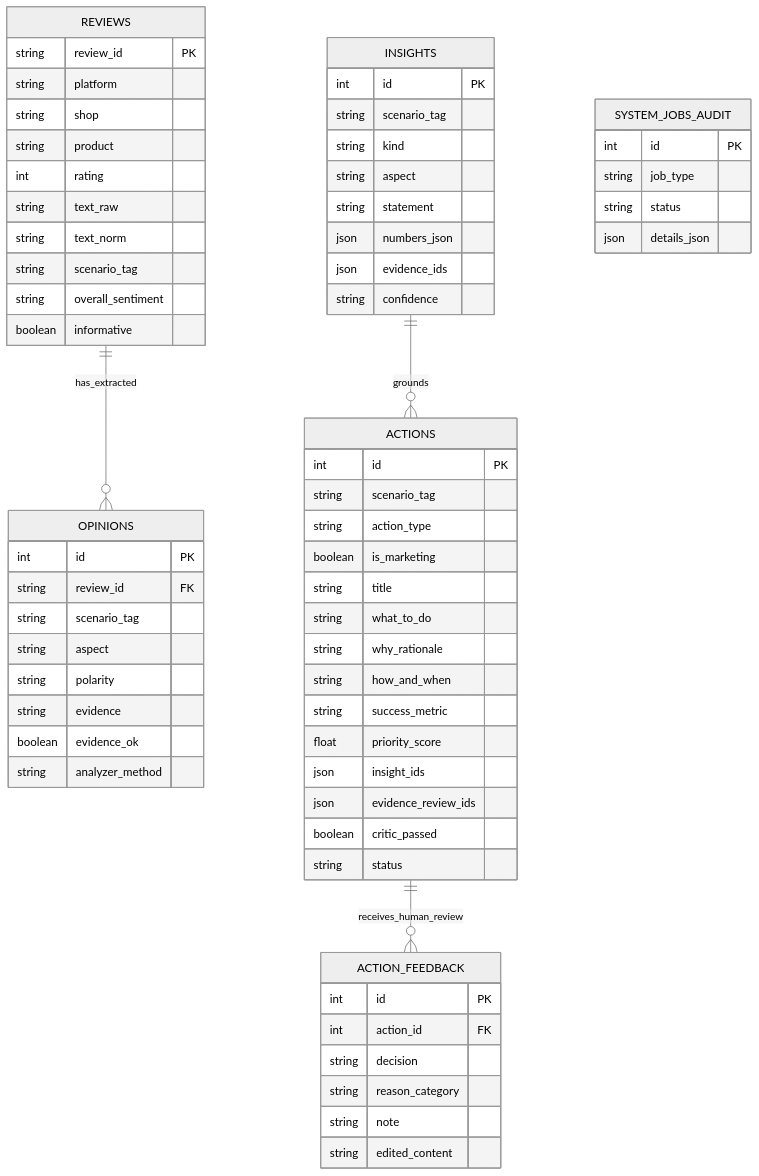
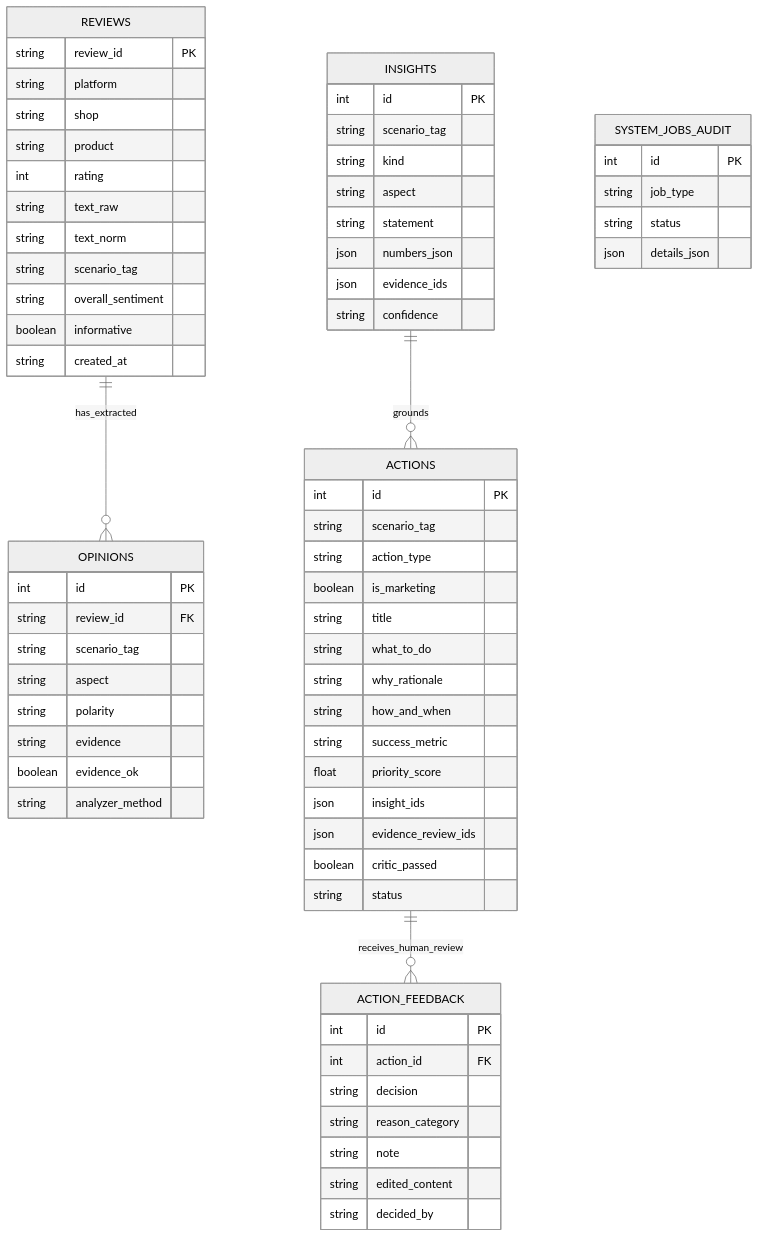
Before and after one commit to MenBoyBMN/EcomReview-AI: the fourth of 4 diagrams in docs/architecture.md, drawn with Mermaid (neutral theme). The commit also changed other lines of this file and 39 other files, not shown here.

````diff
--- a/docs/architecture.md
+++ b/docs/architecture.md
@@ -93,69 +96,71 @@
 ```mermaid
 erDiagram
     REVIEWS ||--o{ OPINIONS : "has_extracted"
     INSIGHTS ||--o{ ACTIONS : "grounds"
     ACTIONS ||--o{ ACTION_FEEDBACK : "receives_human_review"
 
     REVIEWS {
         string review_id PK
         string platform
         string shop
         string product
         int rating
         string text_raw
         string text_norm
         string scenario_tag
         string overall_sentiment
         boolean informative
+        string created_at
     }
     OPINIONS {
         int id PK
         string review_id FK
         string scenario_tag
         string aspect
         string polarity
         string evidence
         boolean evidence_ok
         string analyzer_method
     }
     INSIGHTS {
         int id PK
         string scenario_tag
         string kind
         string aspect
         string statement
         json numbers_json
         json evidence_ids
         string confidence
     }
     ACTIONS {
         int id PK
         string scenario_tag
         string action_type
         boolean is_marketing
         string title
         string what_to_do
         string why_rationale
         string how_and_when
         string success_metric
         float priority_score
         json insight_ids
         json evidence_review_ids
         boolean critic_passed
         string status
     }
     ACTION_FEEDBACK {
         int id PK
         int action_id FK
         string decision
         string reason_category
         string note
         string edited_content
+        string decided_by
     }
     SYSTEM_JOBS_AUDIT {
         int id PK
         string job_type
         string status
         json details_json
     }
 ```
````
